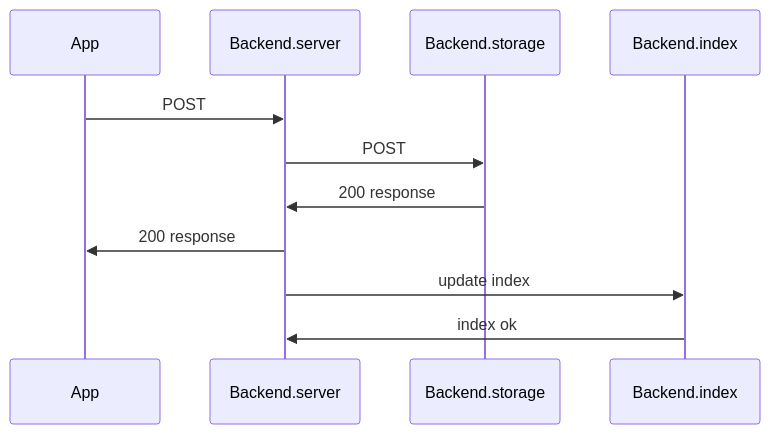
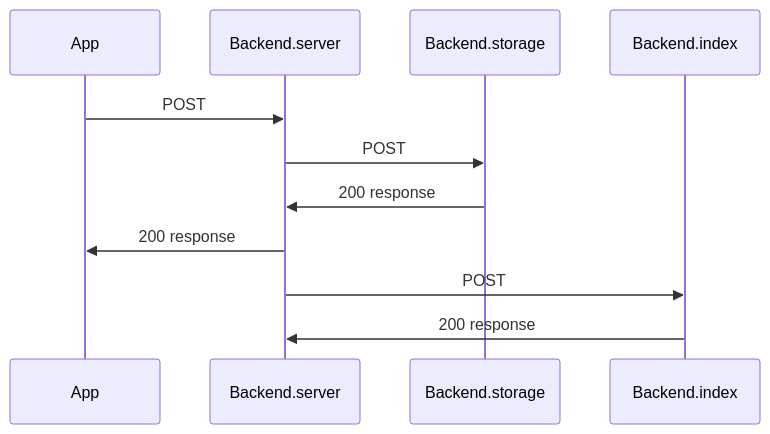
Before and after one commit to funduck/modular-notes: the first of 3 diagrams in docs/SERVER.md, drawn with Mermaid. The commit also changed other lines of this file and 2 other files, not shown here.

````diff
--- a/docs/SERVER.md
+++ b/docs/SERVER.md
@@ -103,9 +103,9 @@
 ```mermaid
 sequenceDiagram
-    App->>Backend.server: POST
-    Backend.server->>Backend.storage: POST
-    Backend.storage->>Backend.server: 200 response
-    Backend.server->>App: 200 response
-    Backend.server->>Backend.index: update index
-    Backend.index->>Backend.server: index ok
+    App             ->> Backend.server:     POST
+    Backend.server  ->> Backend.storage:    POST
+    Backend.storage ->> Backend.server:     200 response
+    Backend.server  ->> App:                200 response
+    Backend.server  ->> Backend.index:      POST
+    Backend.index   ->> Backend.server:     200 response
 ```
````
